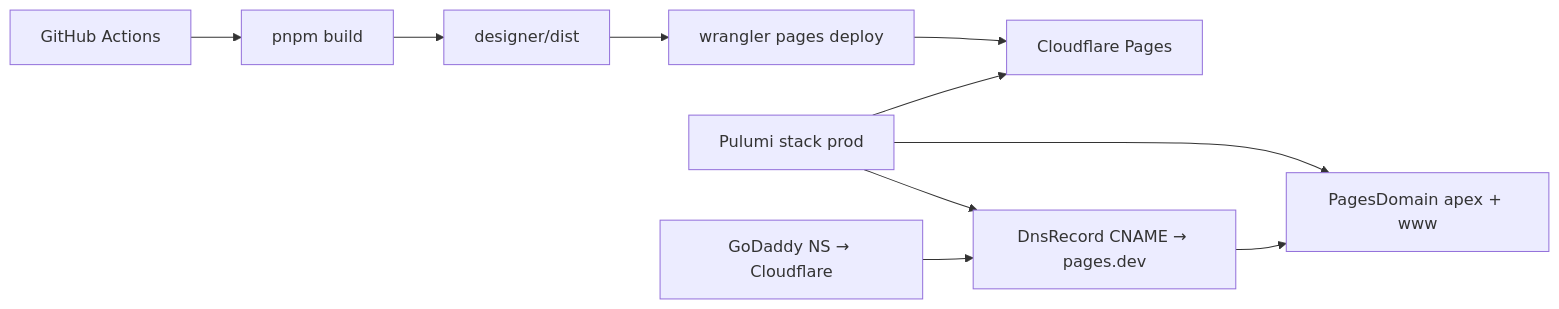
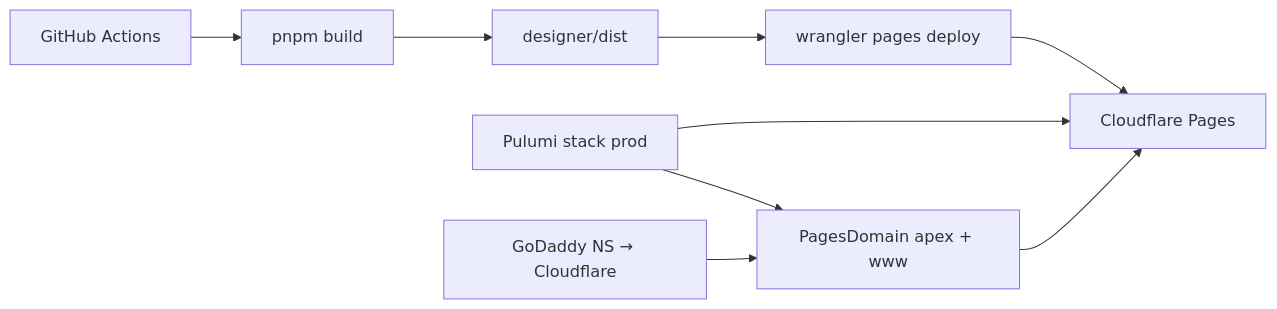
The diagram in docs/ADRs/0009-cloudflare-pages-static-hosting.md (mzworthington/archlens), drawn with Mermaid before and after one commit. The commit also changed other lines of this file and 6 other files, not shown here.

````diff
--- a/docs/ADRs/0009-cloudflare-pages-static-hosting.md
+++ b/docs/ADRs/0009-cloudflare-pages-static-hosting.md
@@ -40,12 +40,11 @@
 ```mermaid
 flowchart LR
   GHA[GitHub Actions] --> Build[pnpm build]
   Build --> Dist[designer/dist]
   Dist --> Wrangler[wrangler pages deploy]
   Wrangler --> CFP[Cloudflare Pages]
   Pulumi[Pulumi stack prod] --> CFP
   Pulumi --> Domains[PagesDomain apex + www]
-  Pulumi --> DnsRec[DnsRecord CNAME → pages.dev]
-  DNS[GoDaddy NS → Cloudflare] --> DnsRec
-  DnsRec --> Domains
+  DNS[GoDaddy NS → Cloudflare] --> Domains
+  Domains --> CFP
 ```
````
